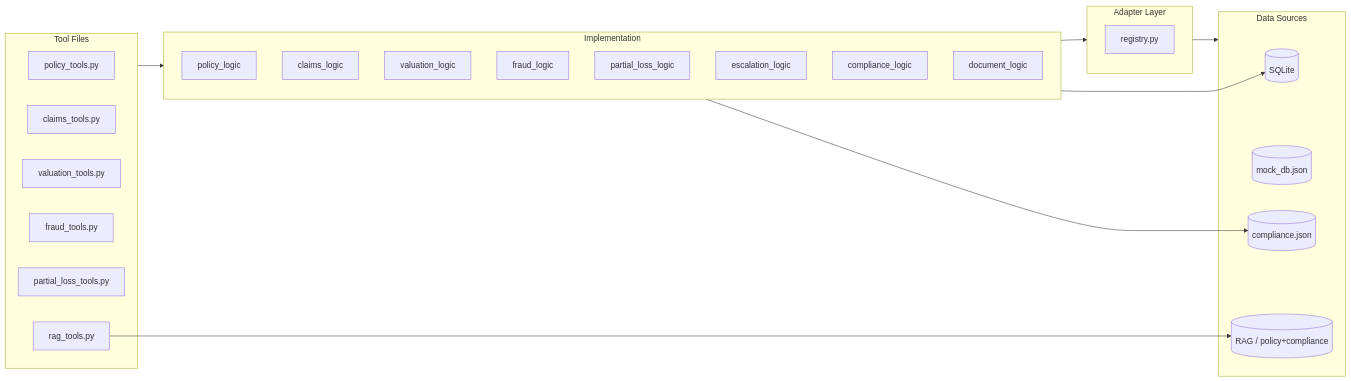
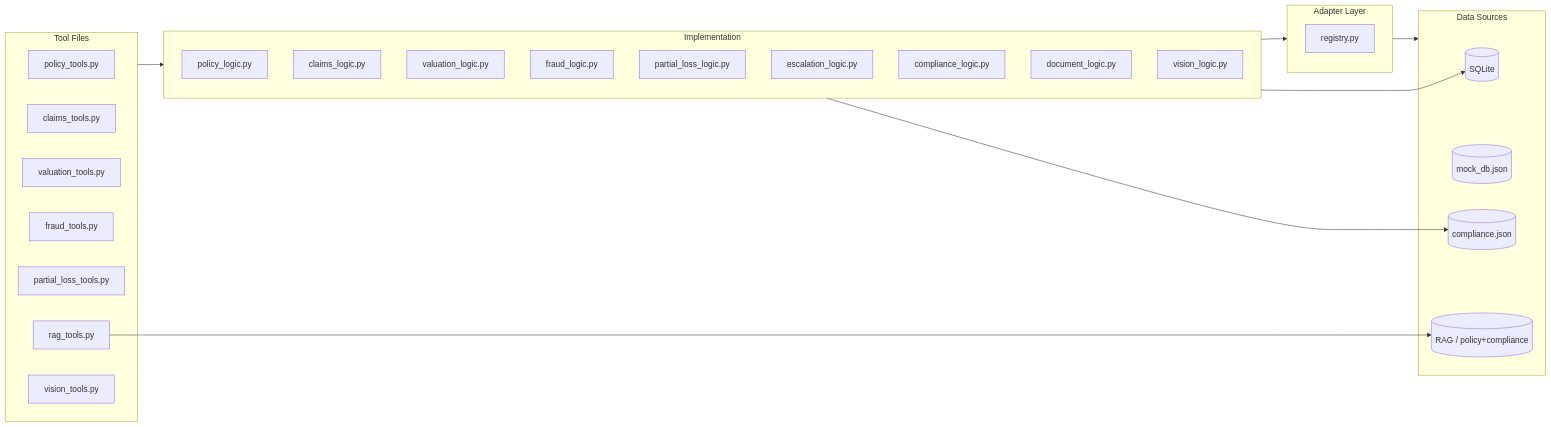
One commit to csmangum/auto-agent changed the diagram in docs/tools.md. Above: the diagram before and after it, drawn with Mermaid. The commit also changed 3 other files, not shown here.

````diff
--- a/docs/tools.md
+++ b/docs/tools.md
@@ -9,38 +9,40 @@
 ```mermaid
 flowchart LR
     subgraph Tools["Tool Files"]
         A[policy_tools.py]
         B[claims_tools.py]
         C[valuation_tools.py]
         D[fraud_tools.py]
         E[partial_loss_tools.py]
         R[rag_tools.py]
+        V[vision_tools.py]
     end
     
     subgraph Logic["Implementation"]
-        L1[policy_logic]
-        L2[claims_logic]
-        L3[valuation_logic]
-        L4[fraud_logic]
-        L5[partial_loss_logic]
-        L6[escalation_logic]
-        L7[compliance_logic]
-        L8[document_logic]
+        L1[policy_logic.py]
+        L2[claims_logic.py]
+        L3[valuation_logic.py]
+        L4[fraud_logic.py]
+        L5[partial_loss_logic.py]
+        L6[escalation_logic.py]
+        L7[compliance_logic.py]
+        L8[document_logic.py]
+        L9[vision_logic.py]
     end
 
     subgraph Adapters["Adapter Layer"]
         Reg[registry.py]
     end
     
     subgraph Data["Data Sources"]
         G[(SQLite)]
         H[(mock_db.json)]
         I[(compliance.json)]
         J[(RAG / policy+compliance)]
     end
     
     Tools --> Logic --> Adapters --> Data
     Logic --> G
     Logic --> I
     R --> J
 ```
````
